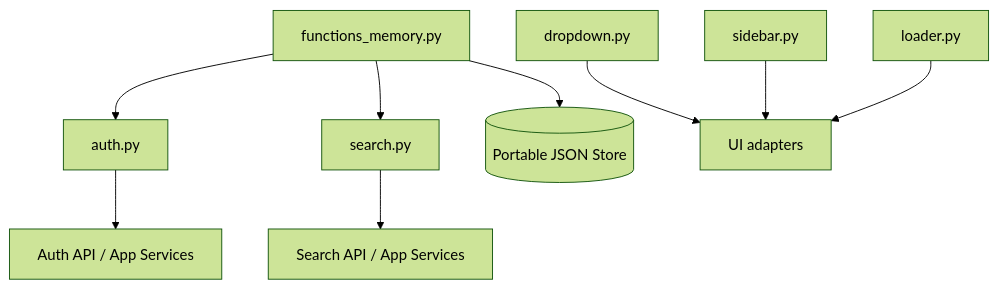
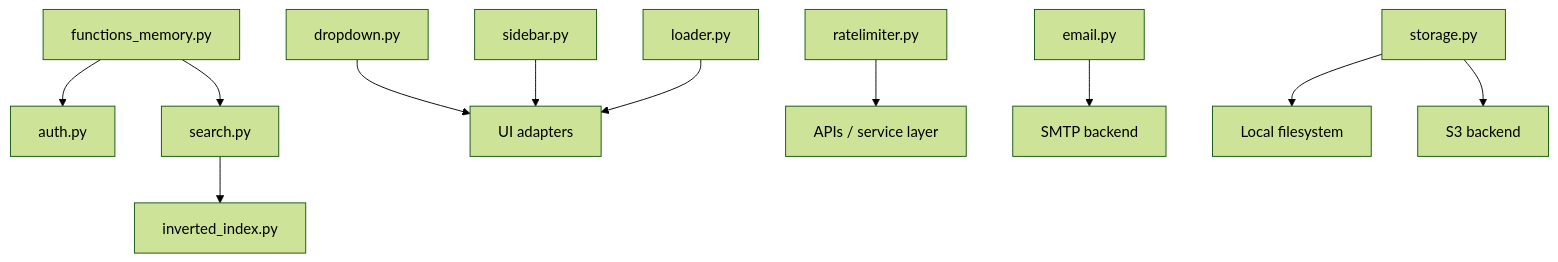
The first of 3 diagrams in src/functions/README.md (The-Outsider-97/SLAI), drawn with Mermaid (forest theme) before and after one commit. The commit also changed other lines of this file, not shown here.

````diff
--- a/src/functions/README.md
+++ b/src/functions/README.md
@@ -14,11 +67,13 @@
 ```mermaid
 graph TD
-    M[functions_memory.py] --> A[auth.py]
-    M --> S[search.py]
-    D[dropdown.py] --> UI[UI adapters]
+    FM[functions_memory.py] --> AUTH[auth.py]
+    FM --> SEARCH[search.py]
+    SEARCH --> IDX[inverted_index.py]
+    DD[dropdown.py] --> UI[UI adapters]
     SB[sidebar.py] --> UI
-    L[loader.py] --> UI
-    A --> API[Auth API / App Services]
-    S --> SEARCH[Search API / App Services]
-    M --> STORE[(Portable JSON Store)]
+    LD[loader.py] --> UI
+    RL[ratelimiter.py] --> API[APIs / service layer]
+    EM[email.py] --> SMTP[SMTP backend]
+    ST[storage.py] --> FS[Local filesystem]
+    ST --> S3[S3 backend]
 ```
````
